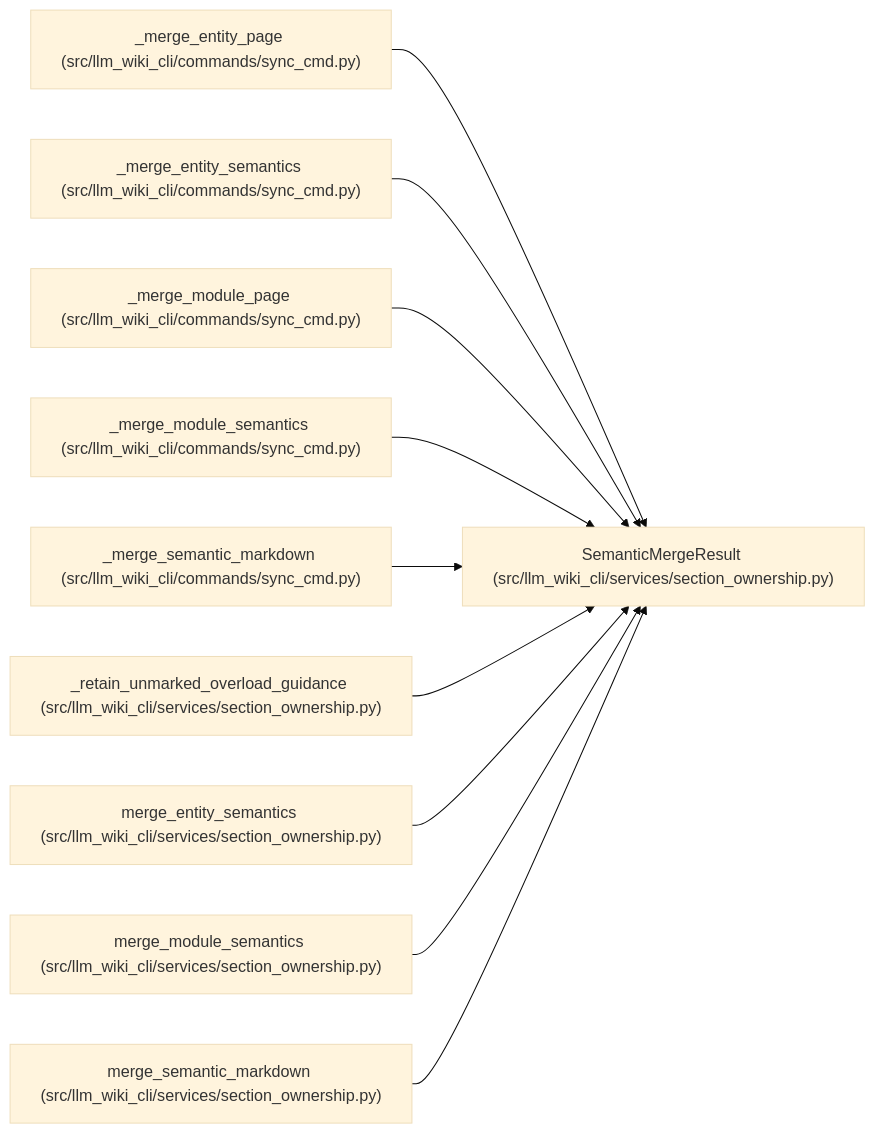
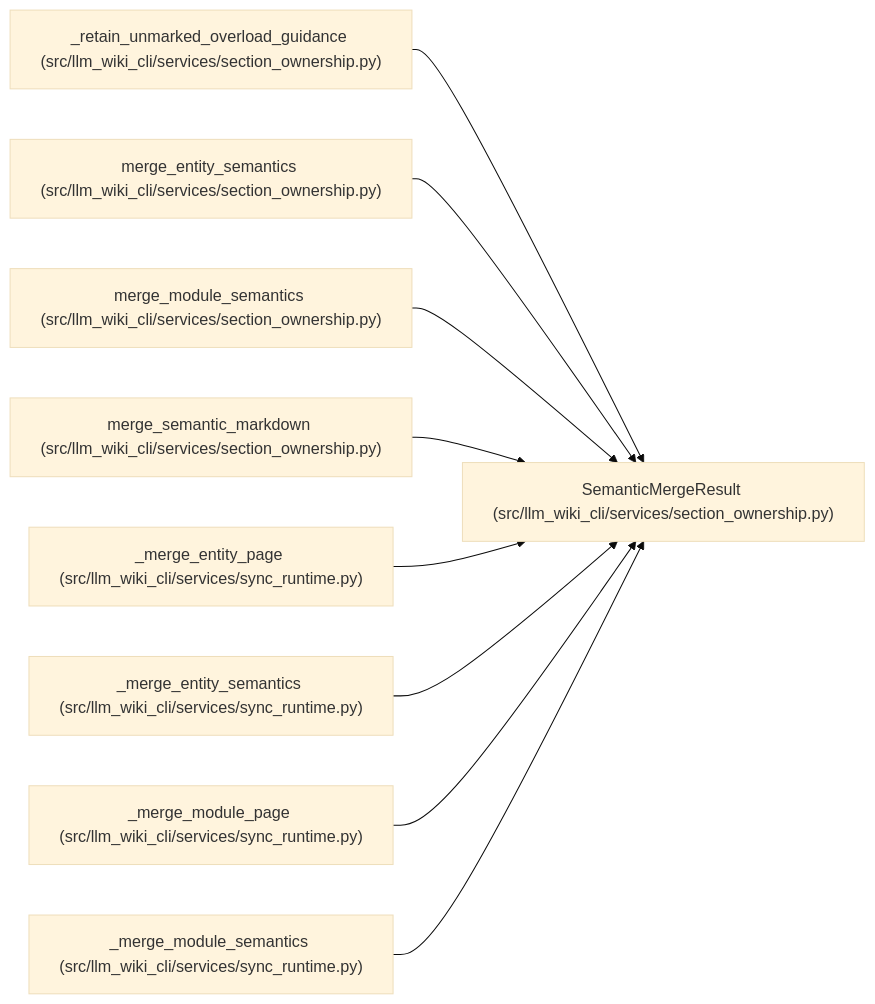
The diagram in docs/llm_wiki/entities/SemanticMergeResult.md (Denissvgn/python-wiki-llm), drawn with Mermaid (base theme) before and after one commit. The commit also changed other lines of this file and 1555 other files, not shown here.

````diff
--- a/docs/llm_wiki/entities/SemanticMergeResult.md
+++ b/docs/llm_wiki/entities/SemanticMergeResult.md
@@ -28,32 +28,29 @@
 ```mermaid
 flowchart LR
     n0["SemanticMergeResult (src/llm_wiki_cli/services/section_ownership.py)"]
-    n1["_merge_entity_page (src/llm_wiki_cli/commands/sync_cmd.py)"]
-    n2["_merge_entity_semantics (src/llm_wiki_cli/commands/sync_cmd.py)"]
-    n3["_merge_module_page (src/llm_wiki_cli/commands/sync_cmd.py)"]
-    n4["_merge_module_semantics (src/llm_wiki_cli/commands/sync_cmd.py)"]
-    n5["_merge_semantic_markdown (src/llm_wiki_cli/commands/sync_cmd.py)"]
-    n6["_retain_unmarked_overload_guidance (src/llm_wiki_cli/services/section_ownership.py)"]
-    n7["merge_entity_semantics (src/llm_wiki_cli/services/section_ownership.py)"]
-    n8["merge_module_semantics (src/llm_wiki_cli/services/section_ownership.py)"]
-    n9["merge_semantic_markdown (src/llm_wiki_cli/services/section_ownership.py)"]
+    n1["_retain_unmarked_overload_guidance (src/llm_wiki_cli/services/section_ownership.py)"]
+    n2["merge_entity_semantics (src/llm_wiki_cli/services/section_ownership.py)"]
+    n3["merge_module_semantics (src/llm_wiki_cli/services/section_ownership.py)"]
+    n4["merge_semantic_markdown (src/llm_wiki_cli/services/section_ownership.py)"]
+    n5["_merge_entity_page (src/llm_wiki_cli/services/sync_runtime.py)"]
+    n6["_merge_entity_semantics (src/llm_wiki_cli/services/sync_runtime.py)"]
+    n7["_merge_module_page (src/llm_wiki_cli/services/sync_runtime.py)"]
+    n8["_merge_module_semantics (src/llm_wiki_cli/services/sync_runtime.py)"]
     n1 --> n0
     n2 --> n0
     n3 --> n0
     n4 --> n0
     n5 --> n0
     n6 --> n0
     n7 --> n0
     n8 --> n0
-    n9 --> n0
     click n0 "../modules/section_ownership.md"
-    click n1 "../modules/sync_cmd.md"
-    click n2 "../modules/sync_cmd.md"
-    click n3 "../modules/sync_cmd.md"
-    click n4 "../modules/sync_cmd.md"
-    click n5 "../modules/sync_cmd.md"
-    click n6 "../modules/section_ownership.md"
-    click n7 "../modules/section_ownership.md"
-    click n8 "../modules/section_ownership.md"
-    click n9 "../modules/section_ownership.md"
+    click n1 "../modules/section_ownership.md"
+    click n2 "../modules/section_ownership.md"
+    click n3 "../modules/section_ownership.md"
+    click n4 "../modules/section_ownership.md"
+    click n5 "../modules/sync_runtime.md"
+    click n6 "../modules/sync_runtime.md"
+    click n7 "../modules/sync_runtime.md"
+    click n8 "../modules/sync_runtime.md"
 ```
````
